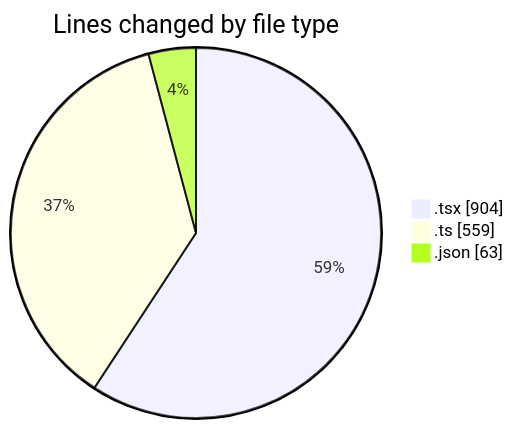
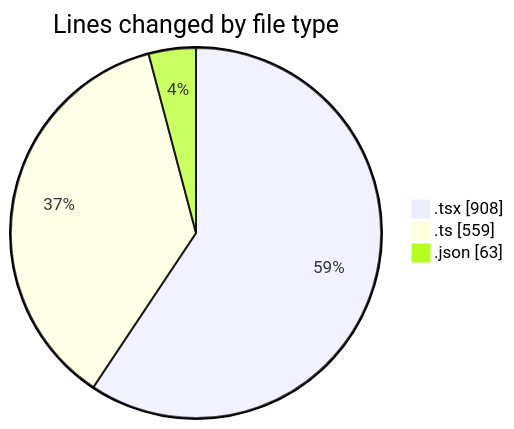
The first of 2 diagrams in 2025-10-21/eventscop-frontend-guide__workspace_/README.md (julien-gomy/code-tracking), drawn with Mermaid before and after one commit. The commit also changed other lines of this file and 1 other file, not shown here.

````diff
--- a/2025-10-21/eventscop-frontend-guide__workspace_/README.md
+++ b/2025-10-21/eventscop-frontend-guide__workspace_/README.md
@@ -37,7 +37,7 @@
 ```mermaid
 pie showData
 title Lines changed by file type
-".tsx" : 904
+".tsx" : 908
 ".ts" : 559
 ".json" : 63
 ```
````
